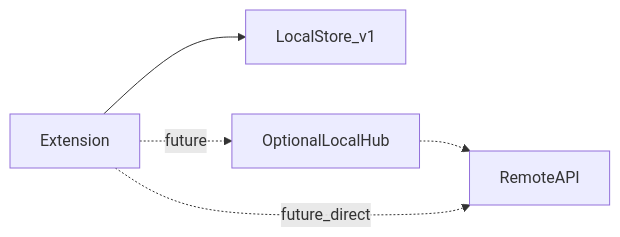
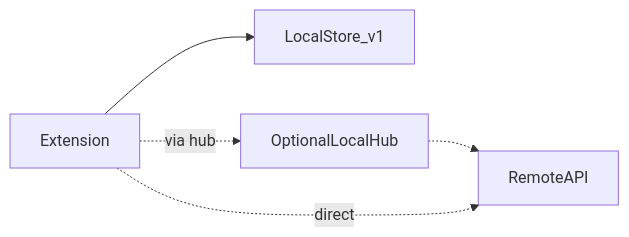
One commit to nuveon-consulting/time-keeper changed the diagram in docs/spec/persistence.md. Above: the diagram before and after it, drawn with Mermaid. The commit also changed other lines of this file and 14 other files, not shown here.

````diff
--- a/docs/spec/persistence.md
+++ b/docs/spec/persistence.md
@@ -42,12 +42,12 @@
 ```mermaid
 flowchart LR
   ext[Extension]
   localStore[LocalStore_v1]
   optionalHub[OptionalLocalHub]
   remote[RemoteAPI]
 
   ext --> localStore
-  ext -.->|"future"| optionalHub
+  ext -.->|via hub| optionalHub
   optionalHub -.-> remote
-  ext -.->|"future_direct"| remote
+  ext -.->|direct| remote
 ```
````
